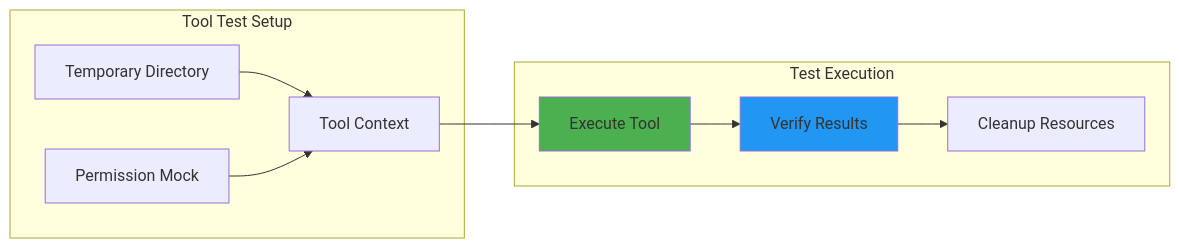
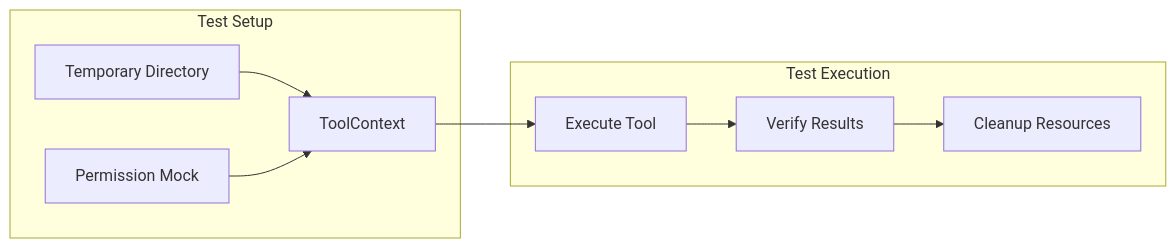
Before and after one commit to ausardcompany/alexi: the second of 4 diagrams in docs/TESTING.md, drawn with Mermaid. The commit also changed other lines of this file and 6 other files, not shown here.

````diff
--- a/docs/TESTING.md
+++ b/docs/TESTING.md
@@ -135,23 +173,20 @@
 ```mermaid
 graph LR
-    subgraph "Tool Test Setup"
+    subgraph "Test Setup"
         TempDir[Temporary Directory]
-        Context[Tool Context]
+        Context[ToolContext]
         Mock[Permission Mock]
     end
     
     subgraph "Test Execution"
         Execute[Execute Tool]
         Verify[Verify Results]
         Cleanup[Cleanup Resources]
     end
     
     TempDir --> Context
     Mock --> Context
     Context --> Execute
     Execute --> Verify
     Verify --> Cleanup
-    
-    style Execute fill:#4CAF50
-    style Verify fill:#2196F3
 ```
````
